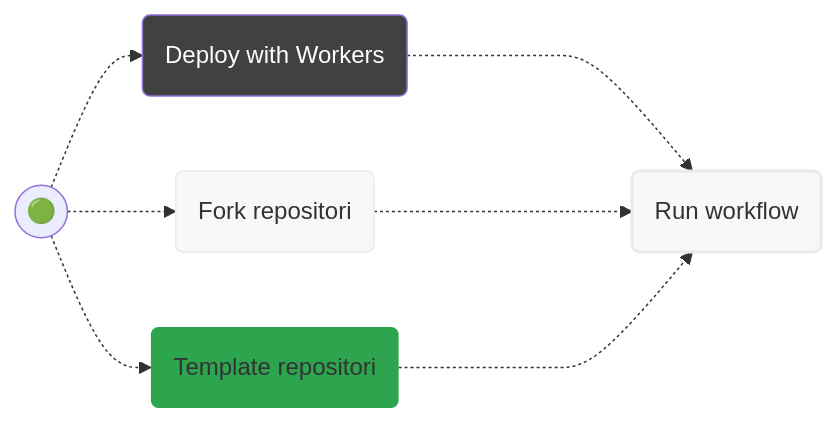
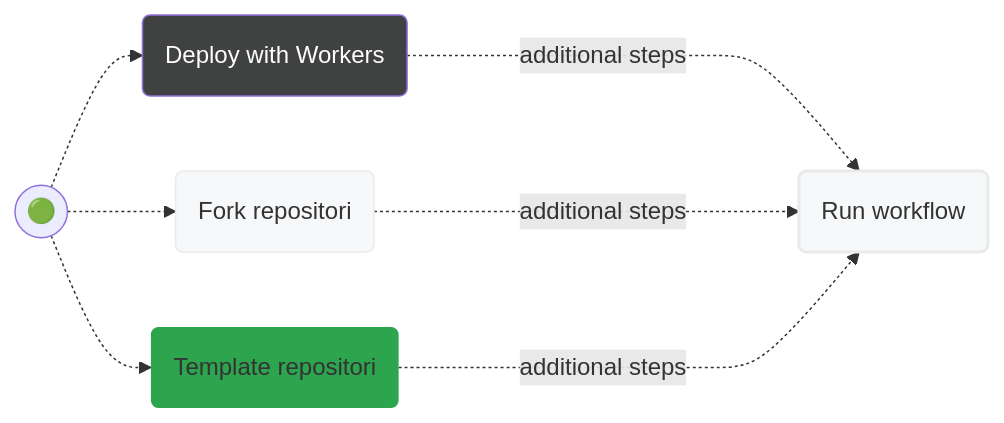
One commit to milankomaj/dev-badge changed the diagram in README.md. Above: the diagram before and after it, drawn with Mermaid.

````diff
--- a/README.md
+++ b/README.md
@@ -12,20 +12,20 @@
 ```mermaid
 flowchart LR
 
 B(("🟢")) .->C("Deploy with Workers")
 B(("🟢")) .->D("Fork repositori")
 B(("🟢")) .->E("Template repositori")
-C & D & E -...-> F("Run workflow") 
+C & D & E -...->|additional steps| F("Run workflow") 
 
 
 style F fill:#f6f8fa,stroke:#333,stroke-width:2px
 style C fill:#404242,color:#fefefe
 style D fill:#f6f8fa,stroke:#e9eaec
 style E fill:#2da44e,stroke-width:0px
 style F fill:#f6f8fa,stroke:#e9eaec
 
 click D "https://github.com/milankomaj/dev-badge/fork"
 click E "https://github.com/milankomaj/dev-badge/generate"
 
 
 ```
````
